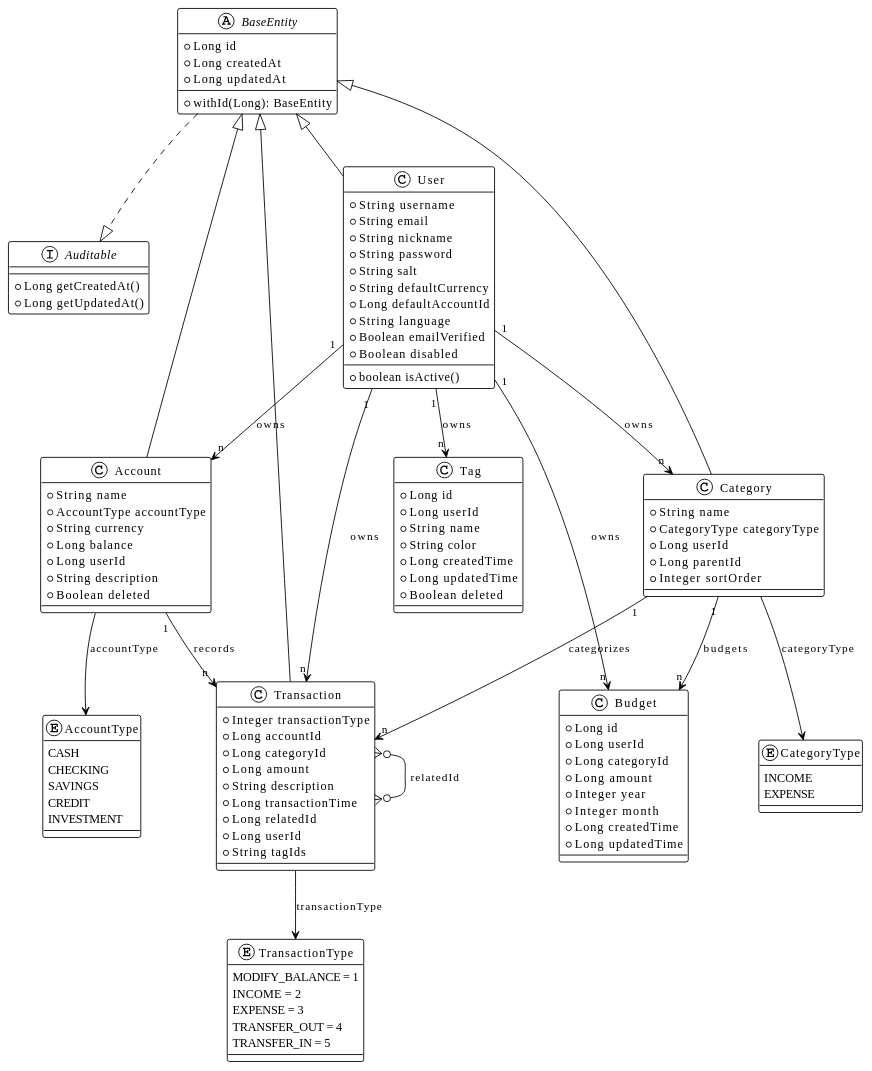
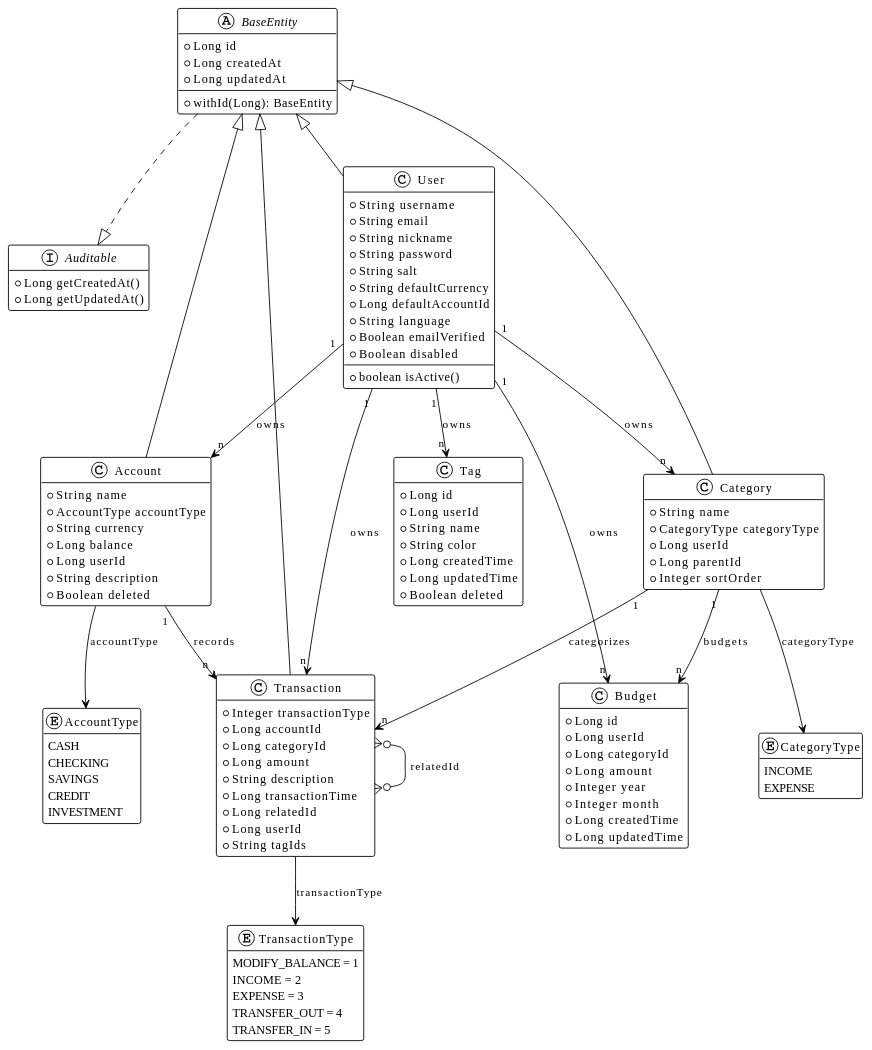
One commit to jcwhmn/bookkeeping changed the first of 11 diagrams in docs/OOD.md. Above: the diagram before and after it, drawn with PlantUML. The commit also changed other lines of this file, not shown here.

First line of the commit message:
fix(docs): fix PlantUML deployment diagram — use standard syntax

````diff
--- a/docs/OOD.md
+++ b/docs/OOD.md
@@ -7,6 +7,7 @@
 ```plantuml
 @startuml
 !theme plain
+hide empty members
 
 ' === BASE ===
 abstract class BaseEntity {
````
